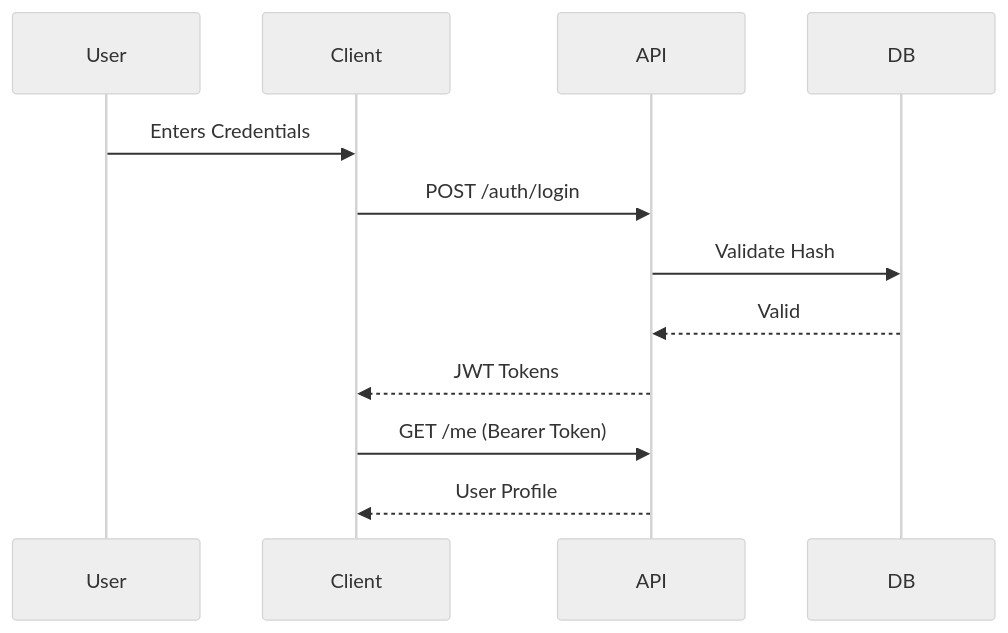
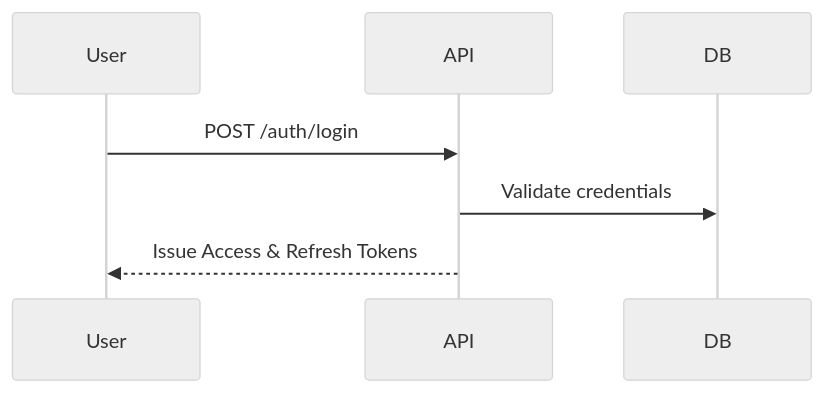
One commit to SevenCandid/OmniVote changed diagram 11 of 15 in docs/architecture/OmniVote_Architecture_v1.1.md. Above: the diagram before and after it, drawn with Mermaid (neutral theme). The commit also changed other lines of this file and 20 other files, not shown here.

````diff
--- a/docs/architecture/OmniVote_Architecture_v1.1.md
+++ b/docs/architecture/OmniVote_Architecture_v1.1.md
@@ -59,14 +259,9 @@
 ```mermaid
 sequenceDiagram
     participant User
-    participant Client
     participant API
     participant DB
-    User->>Client: Enters Credentials
-    Client->>API: POST /auth/login
-    API->>DB: Validate Hash
-    DB-->>API: Valid
-    API-->>Client: JWT Tokens
-    Client->>API: GET /me (Bearer Token)
-    API-->>Client: User Profile
+    User->>API: POST /auth/login
+    API->>DB: Validate credentials
+    API-->>User: Issue Access & Refresh Tokens
 ```
````
